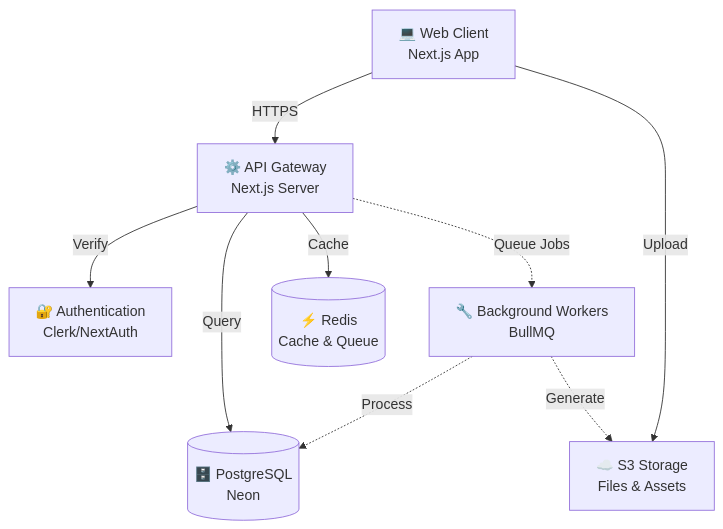
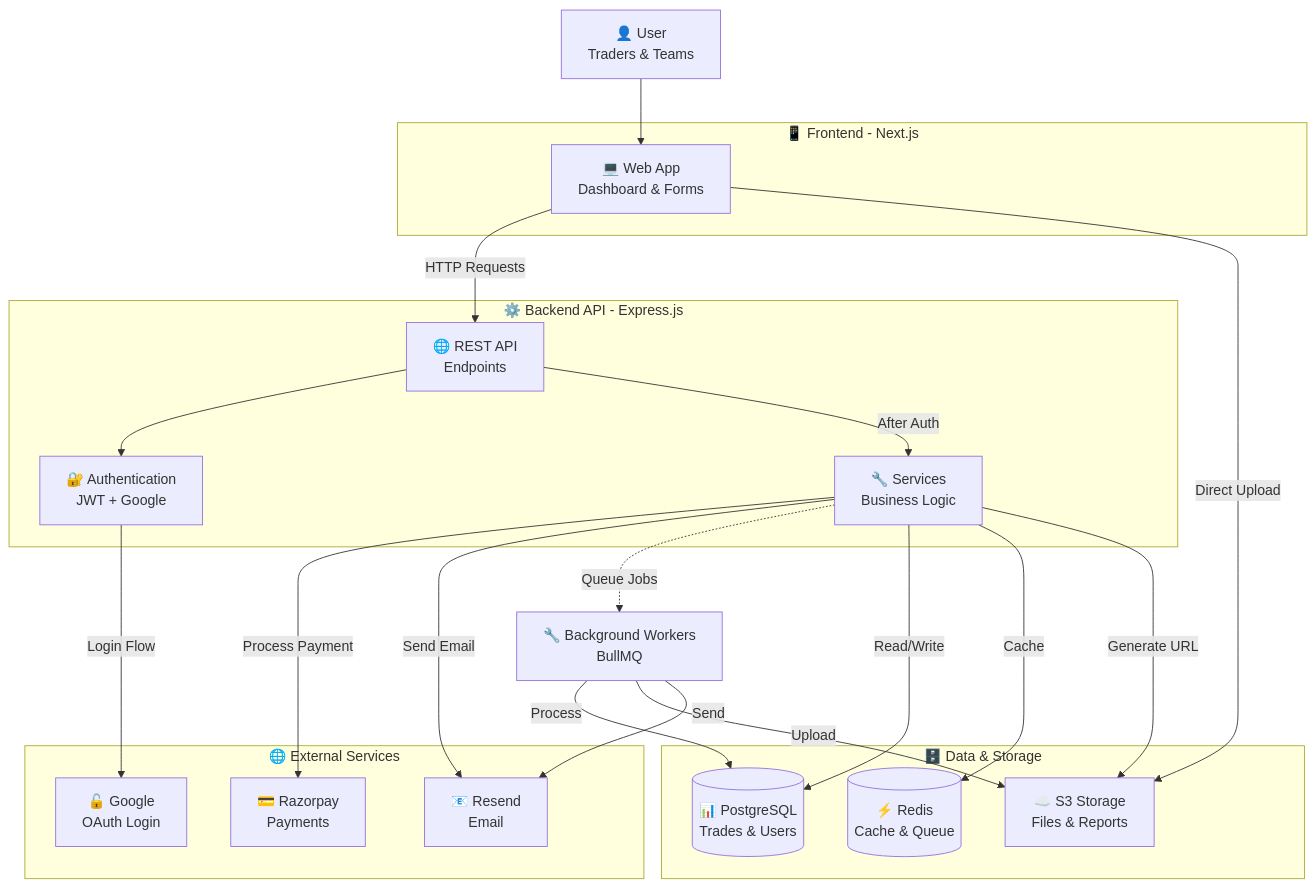
Before and after one commit to juna0704/Trading_Journal_v1: the first of 18 diagrams in docs/SystemDesign.md, drawn with Mermaid. The commit also changed other lines of this file and 4 other files, not shown here.

````diff
--- a/docs/SystemDesign.md
+++ b/docs/SystemDesign.md
@@ -52,21 +13,51 @@
 ```mermaid
-    graph TB
-    Client[💻 Web Client<br/>Next.js App]
-    Server[⚙️ API Gateway<br/>Next.js Server]
-    Auth[🔐 Authentication<br/>Clerk/NextAuth]
-    DB[(🗄️ PostgreSQL<br/>Neon)]
-    Redis[(⚡ Redis<br/>Cache & Queue)]
-    Storage[☁️ S3 Storage<br/>Files & Assets]
-    Worker[🔧 Background Workers<br/>BullMQ]
+graph TB
+    %% USERS
+    User[👤 User<br/>Traders & Teams] --> Client
     
-    Client -->|HTTPS| Server
-    Server -->|Verify| Auth
-    Server -->|Query| DB
-    Server -->|Cache| Redis
-    Server -.->|Queue Jobs| Worker
-    Worker -.->|Process| DB
-    Client -->|Upload| Storage
-    Worker -.->|Generate| Storage
-        
+    %% FRONTEND LAYER
+    subgraph Frontend["📱 Frontend - Next.js"]
+        Client[💻 Web App<br/>Dashboard & Forms]
+    end
     
+    %% API REQUESTS
+    Client -->|HTTP Requests| API
+    
+    %% API LAYER WITH AUTH
+    subgraph Backend["⚙️ Backend API - Express.js"]
+        API[🌐 REST API<br/>Endpoints]
+        API --> Auth[🔐 Authentication<br/>JWT + Google]
+        API -->|After Auth| Services[🔧 Services<br/>Business Logic]
+    end
+    
+    %% EXTERNAL SERVICES
+    subgraph External["🌐 External Services"]
+        Razorpay[💳 Razorpay<br/>Payments]
+        Email[📧 Resend<br/>Email]
+        OAuth[🔓 Google<br/>OAuth Login]
+    end
+    
+    Auth -->|Login Flow| OAuth
+    Services -->|Process Payment| Razorpay
+    Services -->|Send Email| Email
+    
+    %% BACKGROUND WORKERS
+    Workers[🔧 Background Workers<br/>BullMQ] -->|Process| DB
+    Workers -->|Upload| Storage
+    Workers -->|Send| Email
+    
+    Services -.->|Queue Jobs| Workers
+    
+    %% DATA LAYER
+    subgraph DataLayer["🗄️ Data & Storage"]
+        DB[(📊 PostgreSQL<br/>Trades & Users)]
+        Redis[(⚡ Redis<br/>Cache & Queue)]
+        Storage[☁️ S3 Storage<br/>Files & Reports]
+    end
+    
+    %% DATA FLOW
+    Services -->|Read/Write| DB
+    Services -->|Cache| Redis
+    Client -->|Direct Upload| Storage
+    Services -->|Generate URL| Storage
 ```
````
